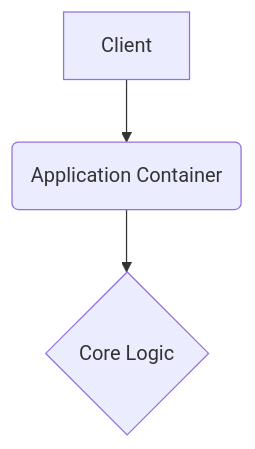
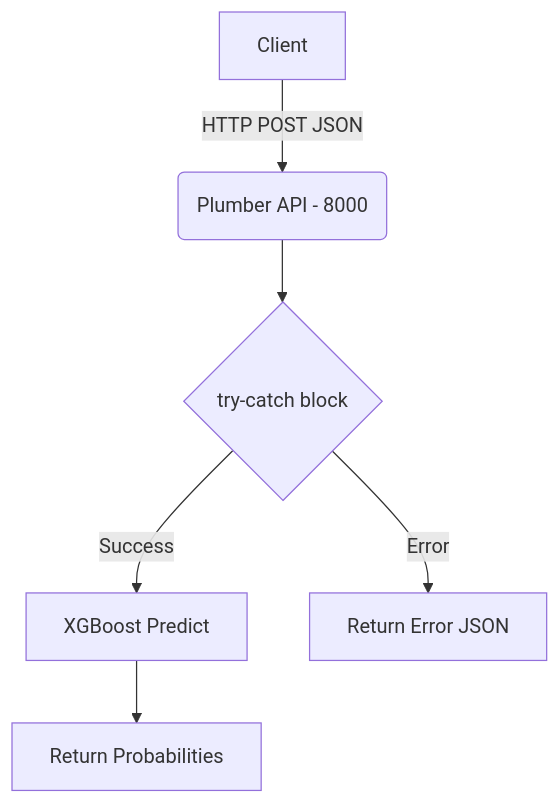
Before and after one commit to prajwal918/-telco-churn-xgboost-shap-: the diagram in README.md, drawn with Mermaid. The commit also changed other lines of this file and 8 other files, not shown here.

Commit message:
feat(ml): integrate XGBoost inference, add CI/CD and Docker, robust error handling

````diff
--- a/README.md
+++ b/README.md
@@ -7,5 +7,8 @@
 ```mermaid
-graph TD
-    A[Client] --> B(Application Container)
-    B --> C{Core Logic}
+graph TD;
+    A[Client] -->|HTTP POST JSON| B(Plumber API - 8000);
+    B --> C{try-catch block};
+    C -->|Success| D[XGBoost Predict];
+    D --> E[Return Probabilities];
+    C -->|Error| F[Return Error JSON];
 ```
````
